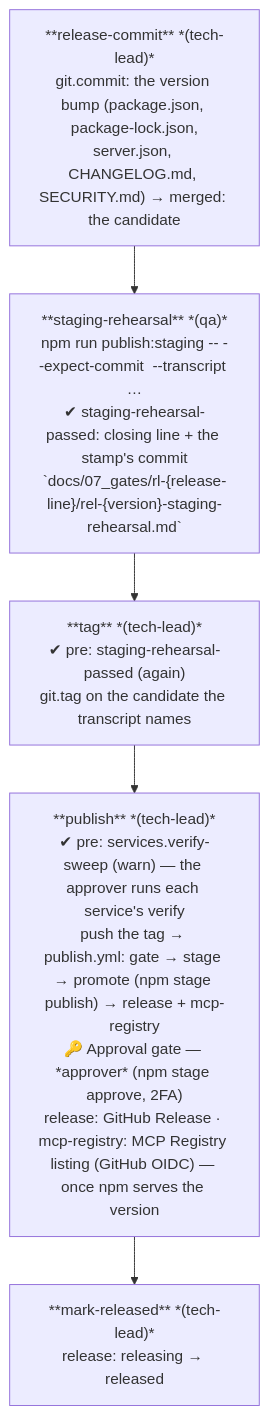
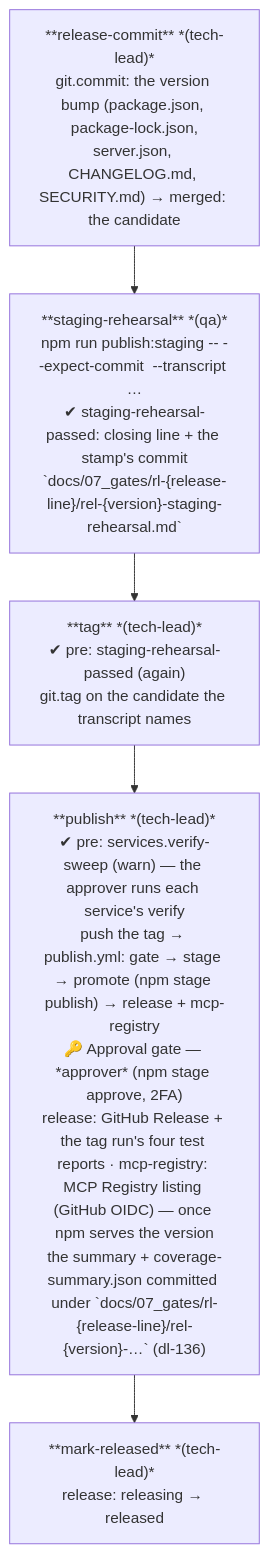
Diagram 15 of 29 in .wingfoil/WORKFLOW.md (wingfoil/wingfoil), drawn with Mermaid before and after one commit. The commit also changed other lines of this file and 9 other files, not shown here.

First line of the commit message:
feat(ci): task-244 — publish each release's test results and coverage (dl-136)

````diff
--- a/.wingfoil/WORKFLOW.md
+++ b/.wingfoil/WORKFLOW.md
@@ -389,10 +389,10 @@
 ```mermaid
 flowchart TD
     RC["**release-commit** *(tech-lead)*\ngit.commit: the version bump (package.json, package-lock.json,\nserver.json, CHANGELOG.md, SECURITY.md) → merged: the candidate"]
     SR["**staging-rehearsal** *(qa)*\nnpm run publish:staging -- --expect-commit <candidate> --transcript …\n✔ staging-rehearsal-passed: closing line + the stamp's commit\n`docs/07_gates/rl-{release-line}/rel-{version}-staging-rehearsal.md`"]
     TG["**tag** *(tech-lead)*\n✔ pre: staging-rehearsal-passed (again)\ngit.tag on the candidate the transcript names"]
-    PB["**publish** *(tech-lead)*\n✔ pre: services.verify-sweep (warn) — the approver runs each service's verify\npush the tag → publish.yml: gate → stage → promote (npm stage publish) → release + mcp-registry\n🔑 Approval gate — *approver* (npm stage approve, 2FA)\nrelease: GitHub Release · mcp-registry: MCP Registry listing (GitHub OIDC) — once npm serves the version"]
+    PB["**publish** *(tech-lead)*\n✔ pre: services.verify-sweep (warn) — the approver runs each service's verify\npush the tag → publish.yml: gate → stage → promote (npm stage publish) → release + mcp-registry\n🔑 Approval gate — *approver* (npm stage approve, 2FA)\nrelease: GitHub Release + the tag run's four test reports · mcp-registry: MCP Registry listing (GitHub OIDC) — once npm serves the version\nthe summary + coverage-summary.json committed under `docs/07_gates/rl-{release-line}/rel-{version}-…` (dl-136)"]
     MR["**mark-released** *(tech-lead)*\nrelease: releasing → released"]
 
     RC --> SR --> TG --> PB --> MR
 ```
````
